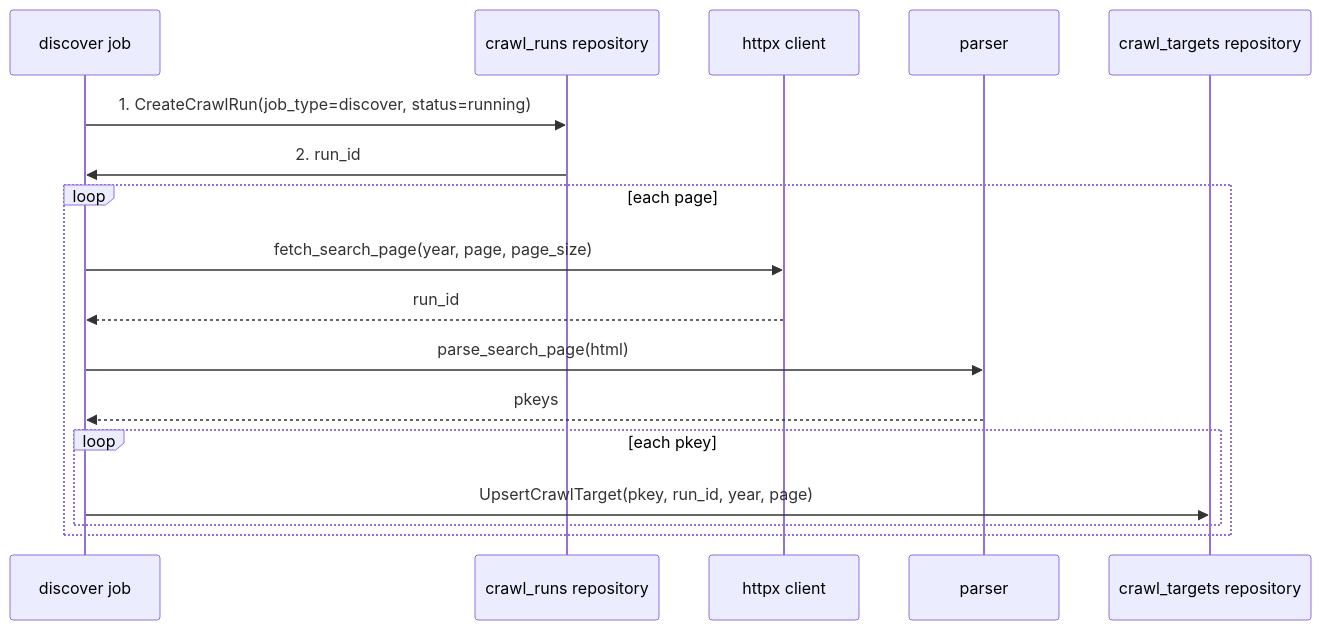
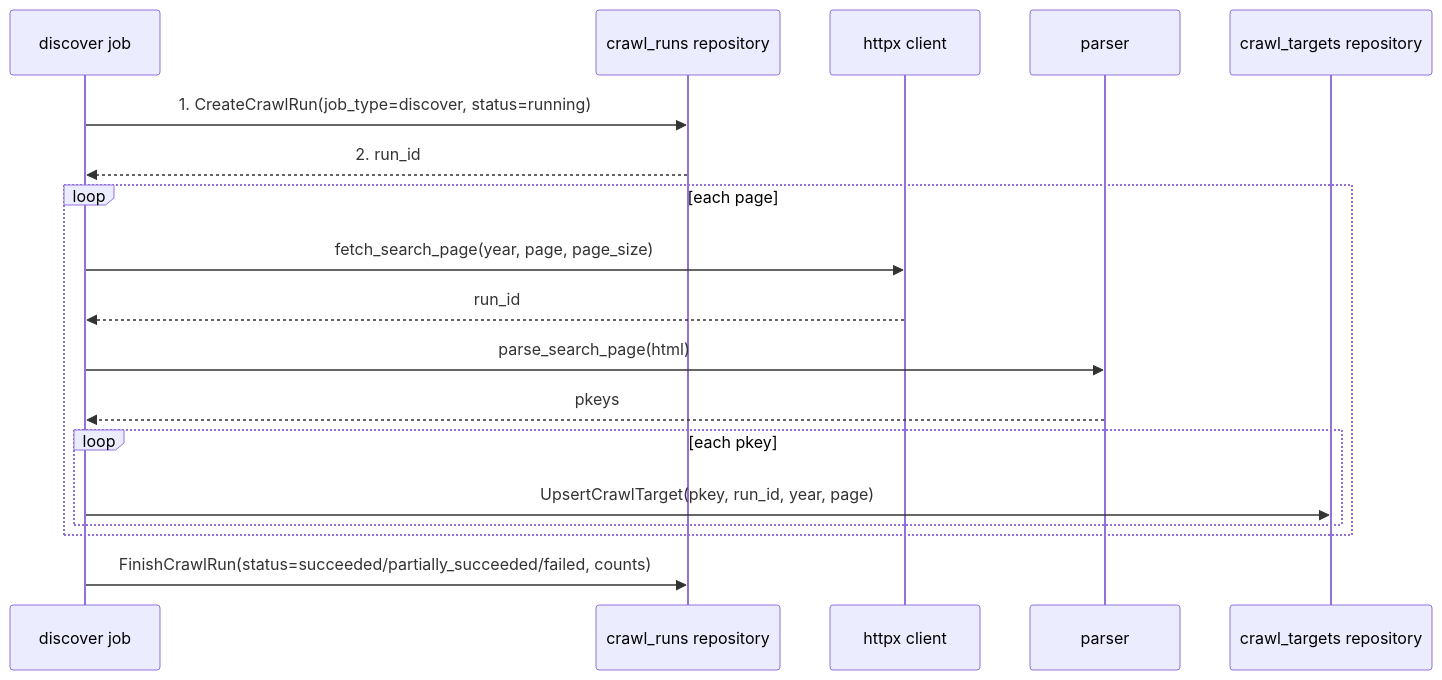
The second of 4 diagrams in docs/design/2026-06-07-syllabus-crawler.md (tsukuneA1/hoge), drawn with Mermaid before and after one commit. The commit also changed other lines of this file, not shown here.

Commit message:
fix(docs): add job type

````diff
--- a/docs/design/2026-06-07-syllabus-crawler.md
+++ b/docs/design/2026-06-07-syllabus-crawler.md
@@ -155,23 +156,25 @@
 ```mermaid
 sequenceDiagram
     participant Job as discover job
     participant Runs as crawl_runs repository
     participant HTTP as httpx client
     participant Parser as parser
     participant Targets as crawl_targets repository
 
     Job->>Runs: 1. CreateCrawlRun(job_type=discover, status=running)
-    Runs->>Job: 2. run_id
+    Runs-->>Job: 2. run_id
 
     loop each page
         Job->>HTTP: fetch_search_page(year, page, page_size)
         HTTP-->>Job: run_id
 
         Job->>Parser: parse_search_page(html)
         Parser-->>Job: pkeys
 
         loop each pkey
             Job->>Targets: UpsertCrawlTarget(pkey, run_id, year, page)
         end
     end
+
+    Job->>Runs: FinishCrawlRun(status=succeeded/partially_succeeded/failed, counts)
 ```
````
